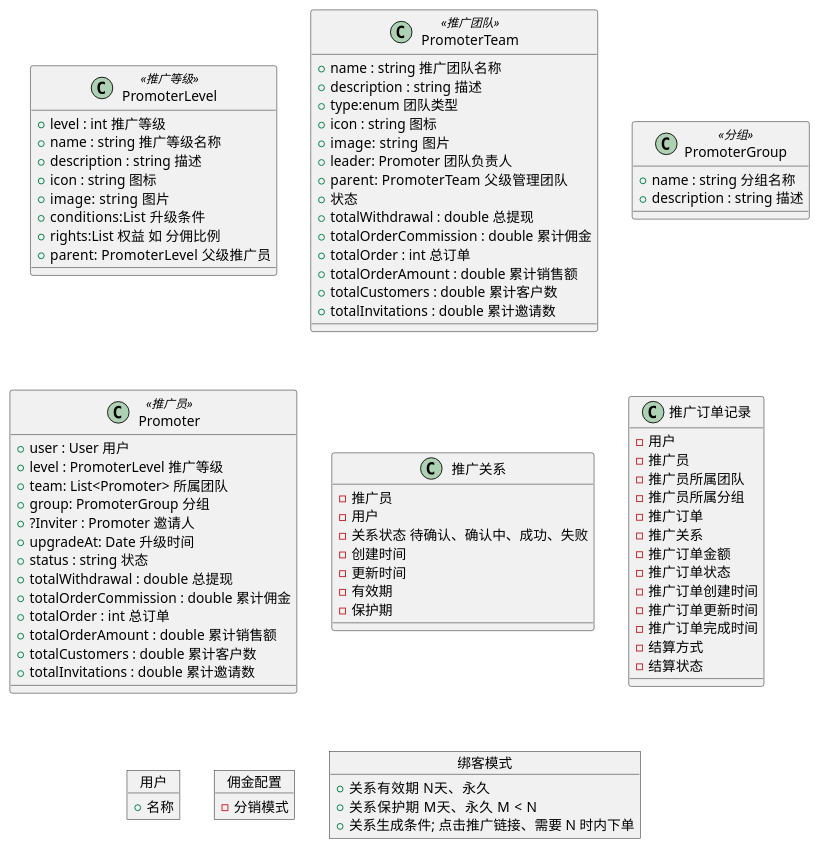
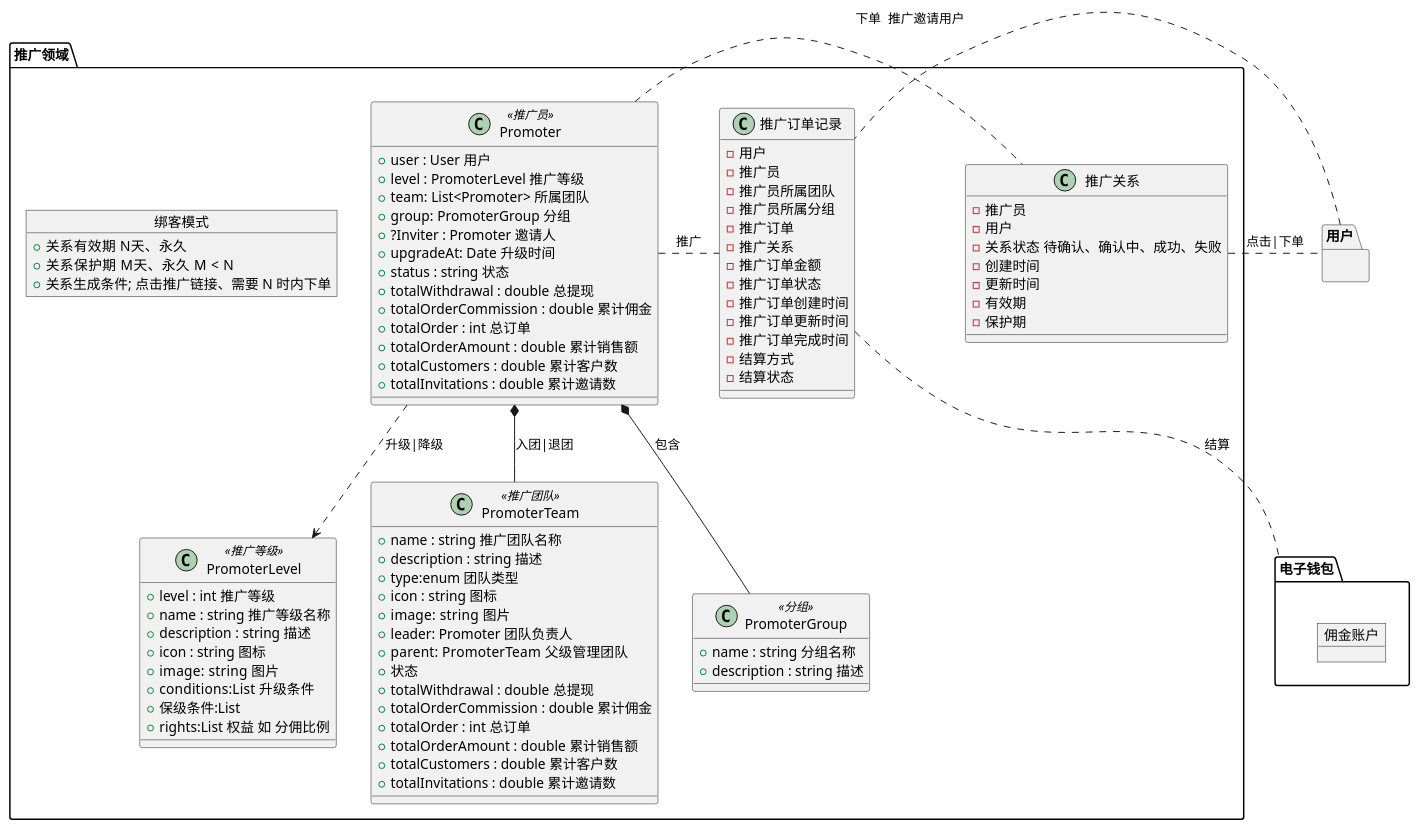
Before and after one commit to red-jasmine/framework: the diagram in docs/distribution/distribution.puml, drawn with PlantUML.

Commit message:
docs(distribution): 更新推广领域模型图
- 添加推广等级、推广团队、推广员等核心概念- 新增推广关系、推广订单记录等关联对象
- 定义了升级、降级、入团、退团等关系
- 增加了用户和电子钱包相关对象
- 优化了

```diff
--- a/docs/distribution/distribution.puml
+++ b/docs/distribution/distribution.puml
@@ -1,98 +1,121 @@
 @startuml
 'https://plantuml.com/class-diagram
 
+package 推广领域{
 
 class PromoterLevel<<推广等级>> {
 +level : int 推广等级
 +name : string 推广等级名称
 +description : string 描述
 +icon : string 图标
 +image:  string 图片
 +conditions:List  升级条件
++保级条件:List
 +rights:List 权益 如 分佣比例
-+parent:  PromoterLevel 父级推广员
 }
 class PromoterTeam<<推广团队>>{
 +name : string 推广团队名称
 +description : string 描述
 +type:enum 团队类型
 +icon : string 图标
 +image:  string 图片
 +leader: Promoter 团队负责人
 + parent:  PromoterTeam 父级管理团队
 + 状态
 + totalWithdrawal : double 总提现
 + totalOrderCommission : double 累计佣金
 + totalOrder : int 总订单
 + totalOrderAmount : double 累计销售额
 + totalCustomers : double 累计客户数
 + totalInvitations : double 累计邀请数
 }
 
 class PromoterGroup<<分组>>{
 +name : string 分组名称
 + description : string 描述
 }
 
 class Promoter<<推广员>> {
 + user : User 用户
 + level : PromoterLevel 推广等级
 + team: List<Promoter> 所属团队
 + group: PromoterGroup 分组
 + ?Inviter : Promoter 邀请人
 + upgradeAt: Date 升级时间
 + status : string 状态
 + totalWithdrawal : double 总提现
 + totalOrderCommission : double 累计佣金
 + totalOrder : int 总订单
 + totalOrderAmount : double 累计销售额
 + totalCustomers : double 累计客户数
 + totalInvitations : double 累计邀请数
 }
 
 
 class 推广关系{
 - 推广员
 - 用户
 - 关系状态 待确认、确认中、成功、失败
 - 创建时间
 - 更新时间
 - 有效期
 - 保护期
 }
 
 class  推广订单记录{
 - 用户
 - 推广员
 - 推广员所属团队
 - 推广员所属分组
 - 推广订单
 - 推广关系
 - 推广订单金额
 - 推广订单状态
 - 推广订单创建时间
 - 推广订单更新时间
 - 推广订单完成时间
 - 结算方式
 - 结算状态
 }
 
 
-object 用户{
- +名称
-}
-
-
-object 佣金配置{
-- 分销模式
-
-}
 
 
 object 绑客模式{
 +关系有效期  N天、永久
 +关系保护期  M天、永久  M < N
 +关系生成条件; 点击推广链接、需要 N 时内下单
 }
 
+
+
+Promoter *-- PromoterTeam:入团|退团
+
+Promoter *-- PromoterGroup:包含
+
+Promoter ..> PromoterLevel:升级|降级
+
+Promoter . 推广关系:推广邀请用户
+Promoter . 推广订单记录:推广
+
+
+}
+用户 . 推广订单记录:下单
+推广关系 . 用户:点击|下单
+
+推广订单记录 .. 电子钱包:结算
+package 用户{
+
+}
+
+package 电子钱包{
+
+object 佣金账户{
+}
+}
+
+
+
+
+
 @enduml
```
